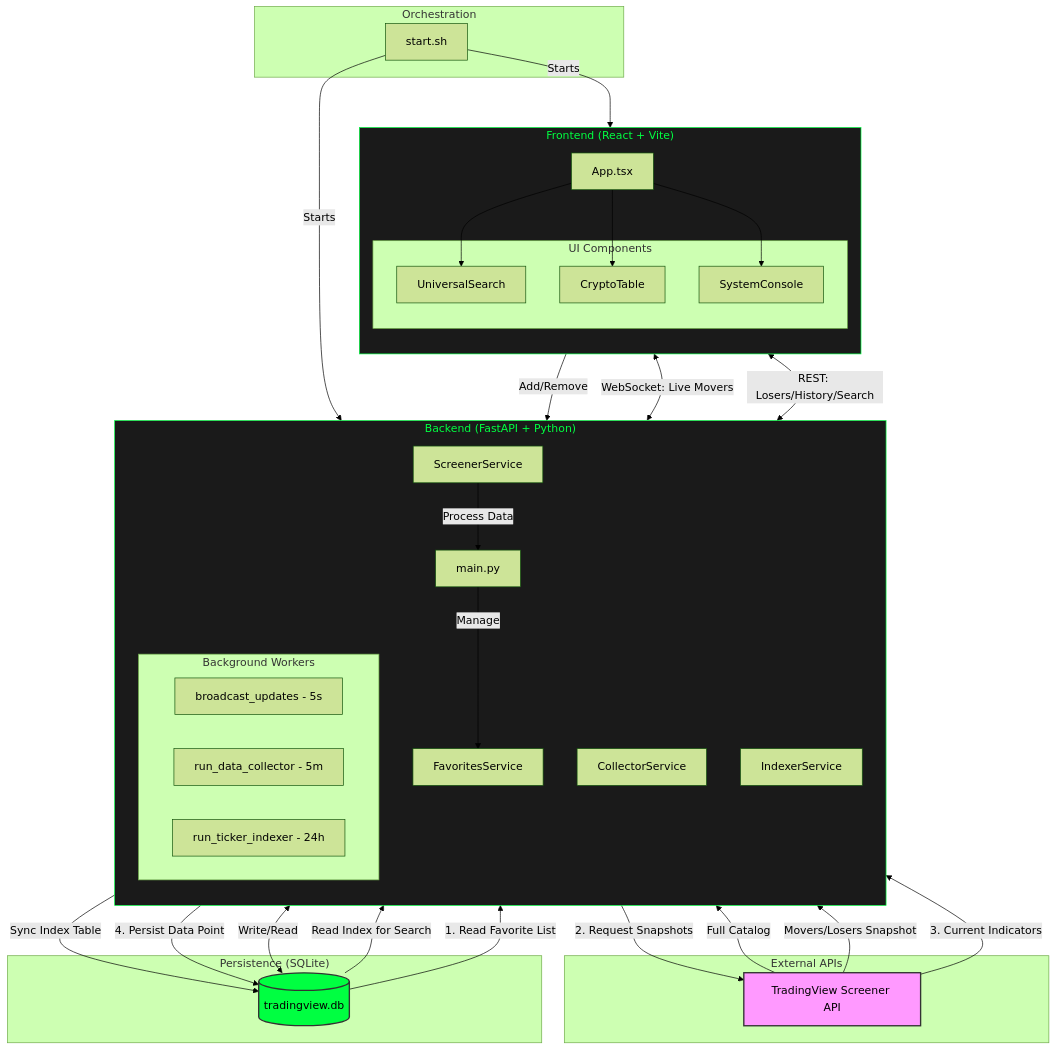
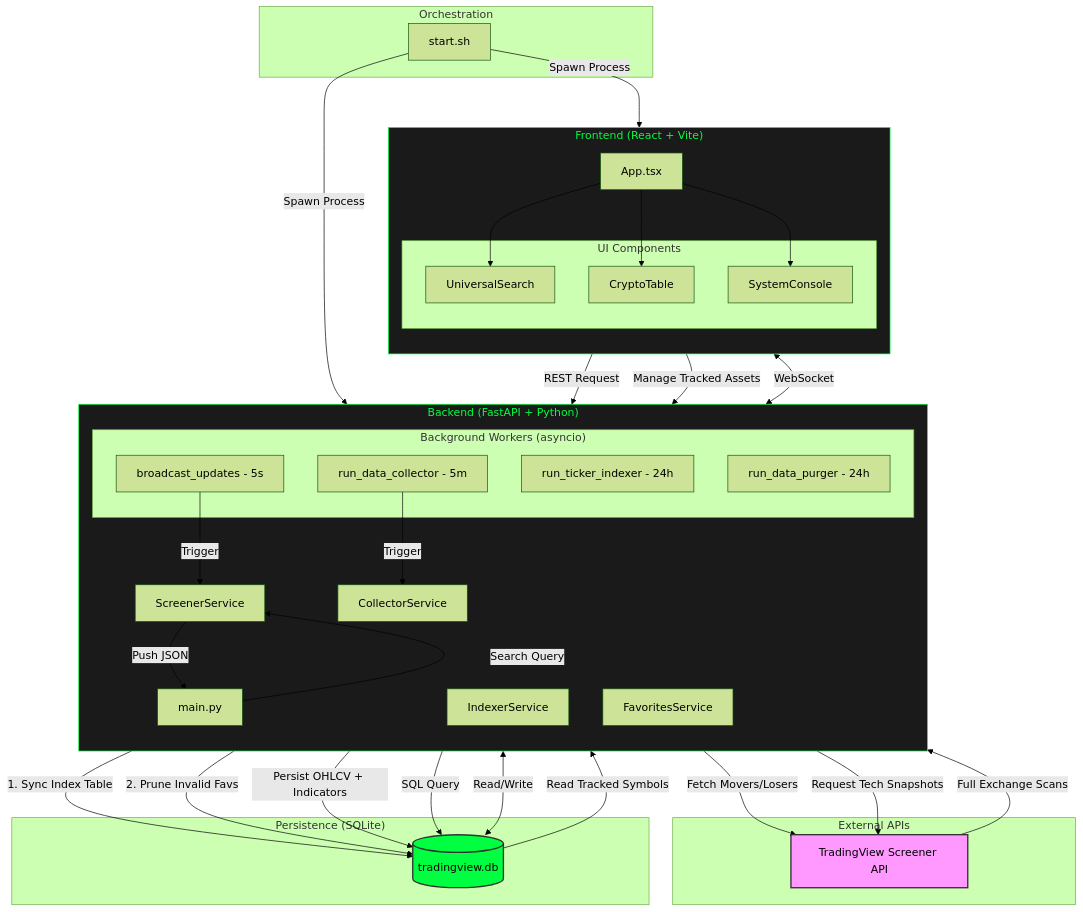
The diagram in README.md (doralich/maket_trading_screener), drawn with Mermaid (forest theme) before and after one commit. The commit also changed 1 other file, not shown here.

Commit message:
docs: Refine diagram to 100% code accuracy after full audit

```diff
--- a/README.md
+++ b/README.md
@@ -21,10 +21,11 @@
         IndexerSvc[IndexerService]
         FavSvc[FavoritesService]
         
-        subgraph BackgroundTasks["Background Workers"]
+        subgraph BackgroundTasks["Background Workers (asyncio)"]
             W1[broadcast_updates - 5s]
             W2[run_data_collector - 5m]
             W3[run_ticker_indexer - 24h]
+            W4[run_data_purger - 24h]
         end
     end
 
@@ -44,34 +45,35 @@
         end
     end
 
-    %% Relationships & Data Flow
-    SSH -->|Starts| Backend
-    SSH -->|Starts| Frontend
+    %% --- Logic Flow 1: Ticker Indexing ---
+    TV -->|Full Exchange Scans| IndexerSvc
+    IndexerSvc -->|1. Sync Index Table| DB
+    IndexerSvc -->|2. Prune Invalid Favs| DB
 
-    %% 1. Ticker Indexing Loop (Indexer)
-    TV -->|Full Catalog| IndexerSvc
-    IndexerSvc -->|Sync Index Table| DB
+    %% --- Logic Flow 2: Live Market Data ---
+    W1 -->|Trigger| ScreenerSvc
+    ScreenerSvc -->|Fetch Movers/Losers| TV
+    ScreenerSvc -->|Push JSON| App
+    App <-->|WebSocket| MainApp
 
-    %% 2. Live Market Flow (Screener)
-    TV -->|Movers/Losers Snapshot| ScreenerSvc
-    DB -->|Read Index for Search| ScreenerSvc
-    ScreenerSvc -->|Process Data| App
+    %% --- Logic Flow 3: History Collection ---
+    W2 -->|Trigger| CollectorSvc
+    DB -->|Read Tracked Symbols| CollectorSvc
+    CollectorSvc -->|Request Tech Snapshots| TV
+    CollectorSvc -->|Persist OHLCV + Indicators| DB
 
-    %% 3. History Collection Loop (Collector)
-    DB -->|1. Read Favorite List| CollectorSvc
-    CollectorSvc -->|2. Request Snapshots| TV
-    TV -->|3. Current Indicators| CollectorSvc
-    CollectorSvc -->|4. Persist Data Point| DB
+    %% --- Logic Flow 4: User Interaction ---
+    Search -->|REST Request| App
+    App -->|Search Query| ScreenerSvc
+    ScreenerSvc -->|SQL Query| DB
+    
+    MainApp -->|Manage Tracked Assets| FavSvc
+    FavSvc <-->|Read/Write| DB
 
-    %% 4. User Interaction Flow (Favorites)
-    MainApp -->|Add/Remove| App
-    App -->|Manage| FavSvc
-    FavSvc <-->|Write/Read| DB
-
-    %% 5. App to Frontend Communication
-    App <-->|WebSocket: Live Movers| MainApp
-    App <-->|REST: Losers/History/Search| MainApp
-
+    %% --- Component Relationships ---
+    SSH -->|Spawn Process| Backend
+    SSH -->|Spawn Process| Frontend
+    
     MainApp --> Search
     MainApp --> Table
     MainApp --> Console
```
